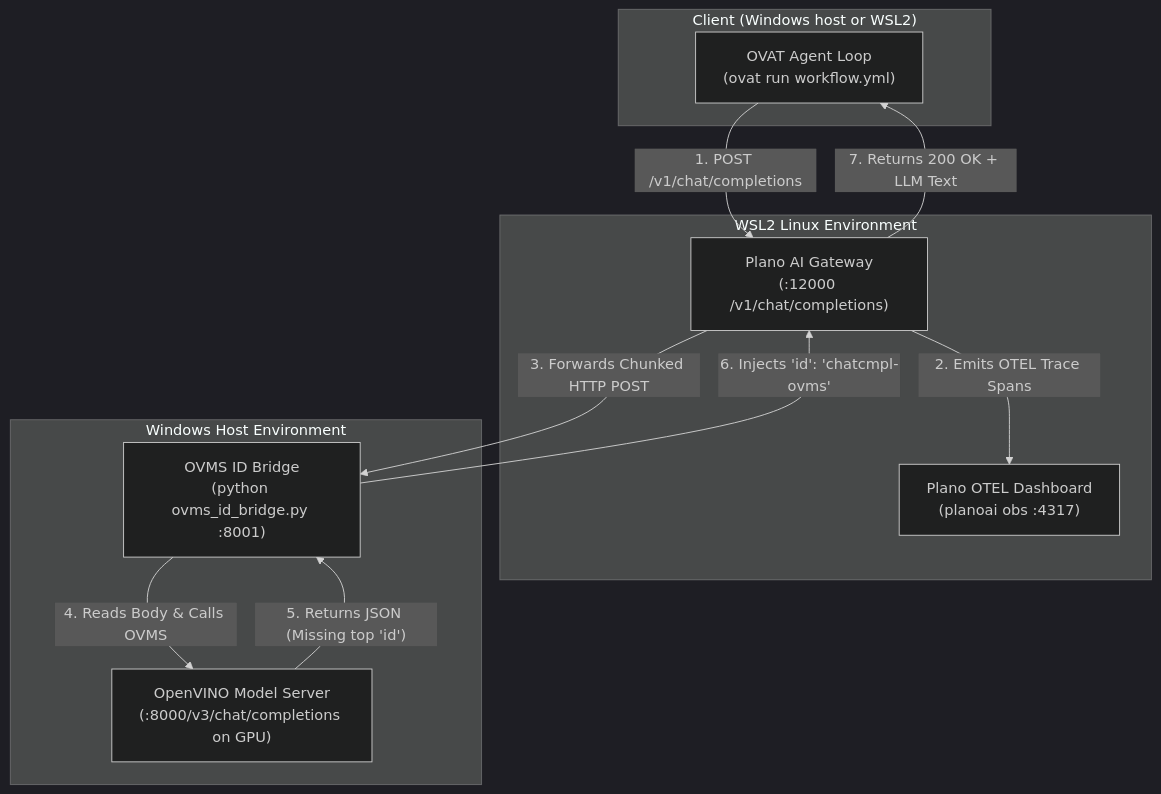
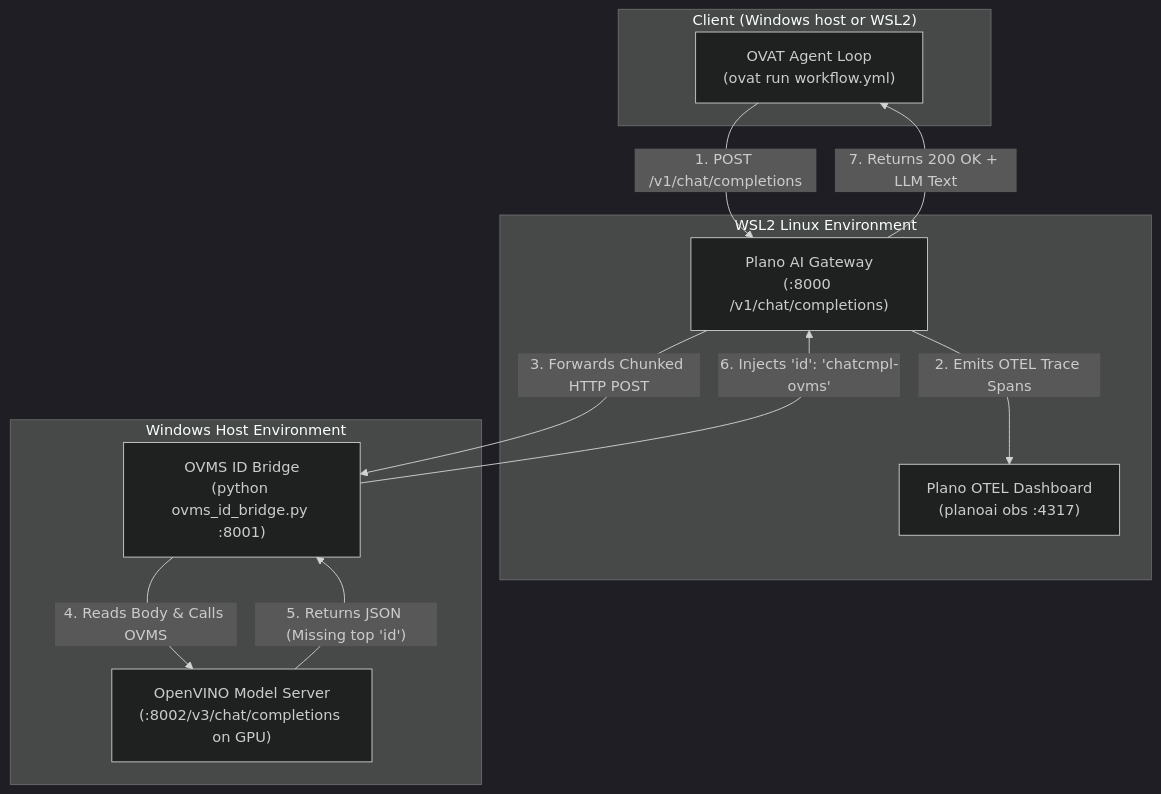
Before and after one commit to Lagmator22/ovat: the diagram in examples/plano/README.md, drawn with Mermaid (dark theme). The commit also changed other lines of this file and 5 other files, not shown here.

````diff
--- a/examples/plano/README.md
+++ b/examples/plano/README.md
@@ -26,24 +26,24 @@
 ```mermaid
 flowchart TD
     subgraph Client ["Client (Windows host or WSL2)"]
         OVAT["OVAT Agent Loop<br/>(ovat run workflow.yml)"]
     end
 
     subgraph WSL2 ["WSL2 Linux Environment"]
-        Plano["Plano AI Gateway<br/>(:12000 /v1/chat/completions)"]
+        Plano["Plano AI Gateway<br/>(:8000 /v1/chat/completions)"]
         Obs["Plano OTEL Dashboard<br/>(planoai obs :4317)"]
     end
 
     subgraph WinHost ["Windows Host Environment"]
         Bridge["OVMS ID Bridge<br/>(python ovms_id_bridge.py :8001)"]
-        OVMS["OpenVINO Model Server<br/>(:8000/v3/chat/completions on GPU)"]
+        OVMS["OpenVINO Model Server<br/>(:8002/v3/chat/completions on GPU)"]
     end
 
     OVAT -->|"1. POST /v1/chat/completions"| Plano
     Plano -->|"2. Emits OTEL Trace Spans"| Obs
     Plano -->|"3. Forwards Chunked HTTP POST"| Bridge
     Bridge -->|"4. Reads Body & Calls OVMS"| OVMS
     OVMS -->|"5. Returns JSON (Missing top 'id')"| Bridge
     Bridge -->|"6. Injects 'id': 'chatcmpl-ovms'"| Plano
     Plano -->|"7. Returns 200 OK + LLM Text"| OVAT
 ```
````
